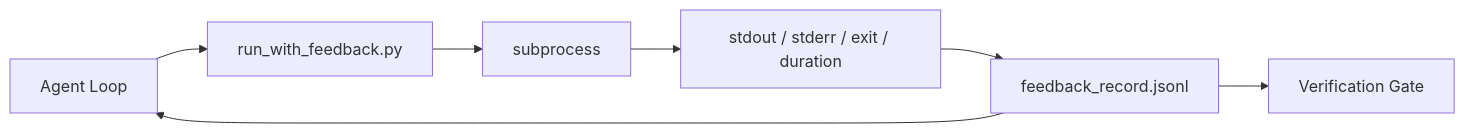
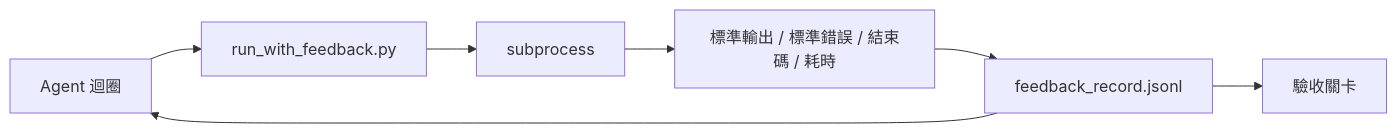
Before and after one commit to edward821220/ai-engineering-from-scratch: the diagram in i18n/zh-TW/phases/14-agent-engineering/37-runtime-feedback-loops/docs/zh-TW.md, drawn with Mermaid. The commit also changed other lines of this file and 46 other files, not shown here.

````diff
--- a/i18n/zh-TW/phases/14-agent-engineering/37-runtime-feedback-loops/docs/zh-TW.md
+++ b/i18n/zh-TW/phases/14-agent-engineering/37-runtime-feedback-loops/docs/zh-TW.md
@@ -25,9 +25,9 @@
 ```mermaid
 flowchart LR
-  Agent[Agent Loop] --> Runner[run_with_feedback.py]
+  Agent[Agent 迴圈] --> Runner[run_with_feedback.py]
   Runner --> Shell[subprocess]
-  Shell --> Capture[stdout / stderr / exit / duration]
+  Shell --> Capture[標準輸出 / 標準錯誤 / 結束碼 / 耗時]
   Capture --> Record[feedback_record.jsonl]
   Record --> Agent
-  Record --> Gate[Verification Gate]
+  Record --> Gate[驗收關卡]
 ```
````
